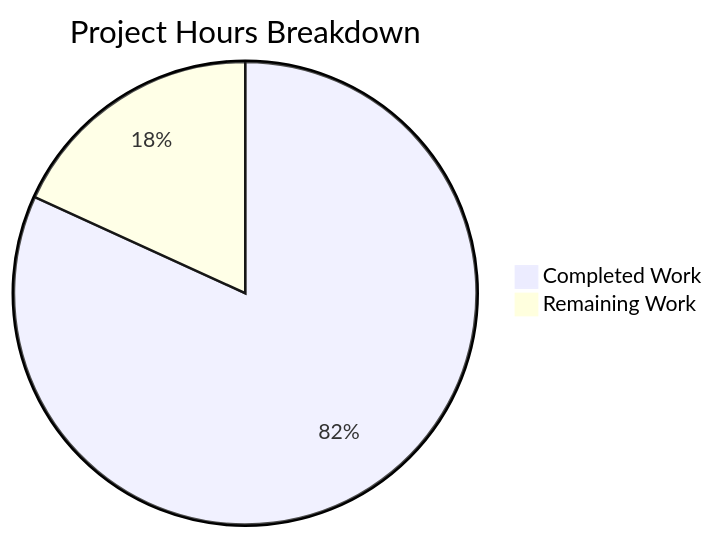
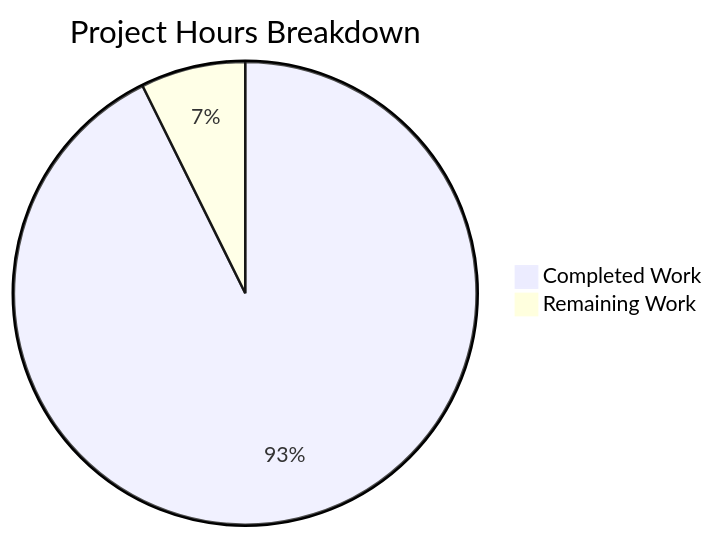
Before and after one commit to sudhanshu-spec/test-spec: the diagram in blitzy/documentation/Project Guide.md, drawn with Mermaid. The commit also changed other lines of this file, not shown here.

Commit message:
Adding Blitzy Project Guide: Project Status and Human Tasks Remaining

````diff
--- a/blitzy/documentation/Project Guide.md
+++ b/blitzy/documentation/Project Guide.md
@@ -24,5 +93,5 @@
 ```mermaid
 pie title Project Hours Breakdown
-    "Completed Work" : 18
-    "Remaining Work" : 4
+    "Completed Work" : 19
+    "Remaining Work" : 1.5
 ```
````
